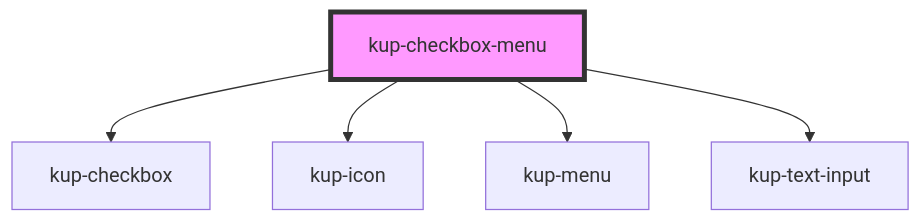
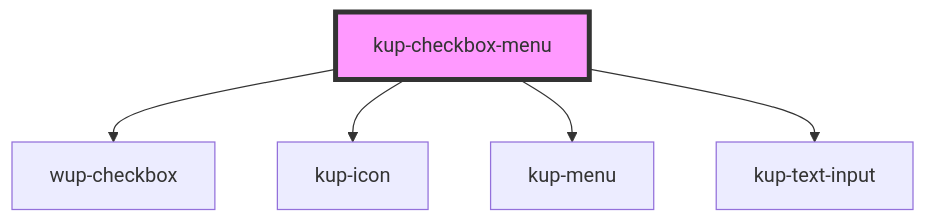
One commit to smeup/ketchup changed the diagram in packages/ketchup/src/components/kup-checkbox-menu/readme.md. Above: the diagram before and after it, drawn with Mermaid. The commit also changed other lines of this file and 166 other files, not shown here.

````diff
--- a/packages/ketchup/src/components/kup-checkbox-menu/readme.md
+++ b/packages/ketchup/src/components/kup-checkbox-menu/readme.md
@@ -50,8 +38,8 @@
 ```mermaid
 graph TD;
-  kup-checkbox-menu --> kup-checkbox
+  kup-checkbox-menu --> wup-checkbox
   kup-checkbox-menu --> kup-icon
   kup-checkbox-menu --> kup-menu
   kup-checkbox-menu --> kup-text-input
   style kup-checkbox-menu fill:#f9f,stroke:#333,stroke-width:4px
 ```
````
